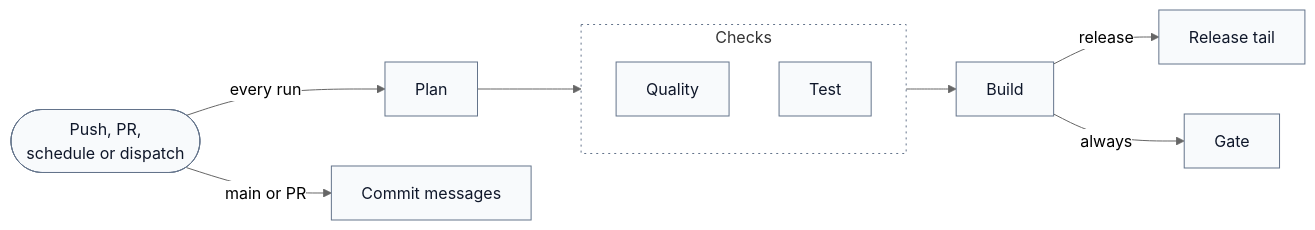
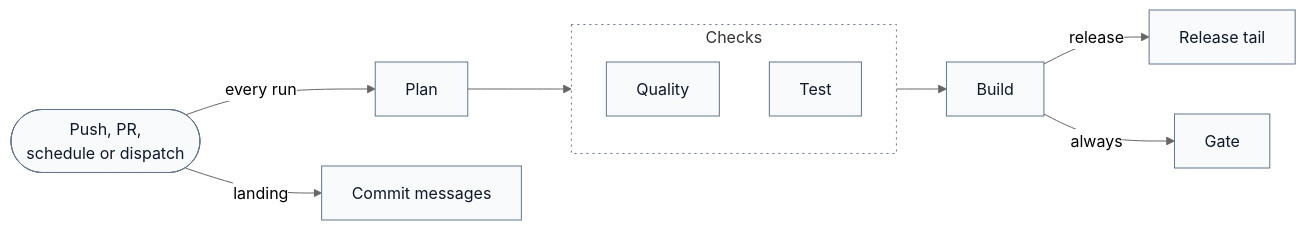
The diagram in docs/design.md (hyperi-io/dfe-archiver), drawn with Mermaid (neutral theme) before and after one commit. The commit also changed other lines of this file and 1 other file, not shown here.

Commit message:
docs(archiver): name the file close and the merge queue trigger
delivery.md says the sync or upload starts when the file closes. The close step is in the paragraph under the diagram. A close node would make a sixth column, past the diagram limit of five.

The CI diagram labels the commit-check arrow "landing". A line under the caption lists its triggers from hyperi-ci rust-ci.yml: a push to main, a pull request and a merge queue group.

````diff
--- a/docs/design.md
+++ b/docs/design.md
@@ -34,29 +34,29 @@
 ```mermaid
 flowchart LR
     accTitle: L4 Detail -- CI pipeline
-    accDescr: Every trigger starts the plan, and a push to main or a pull request starts the commit message check. The plan starts quality and test, both feed the build, and the build feeds the release tail on a release and the gate on every run.
+    accDescr: Every trigger starts the plan, and a push to main, a pull request or the merge queue starts the commit message check. The plan starts quality and test, both feed the build, and the build feeds the release tail on a release and the gate on every run.
 
     trigger(["Push, PR,<br/>schedule or dispatch"])
     plan["Plan"]
     commits["Commit messages"]
 
     subgraph checks["Checks"]
         quality["Quality"]
         test["Test"]
     end
 
     build["Build"]
     tail["Release tail"]
     gate["Gate"]
 
     trigger -->|every run| plan
-    trigger -->|main or PR| commits
+    trigger -->|landing| commits
     plan --> checks
     checks --> build
     build -->|release| tail
     build -->|always| gate
 
     classDef default fill:#F8FAFC,stroke:#64748B,stroke-width:1px,color:#0F172A
     classDef group fill:none,stroke:#64748B,stroke-width:1px,stroke-dasharray:2 4
     class checks group
 ```
````
